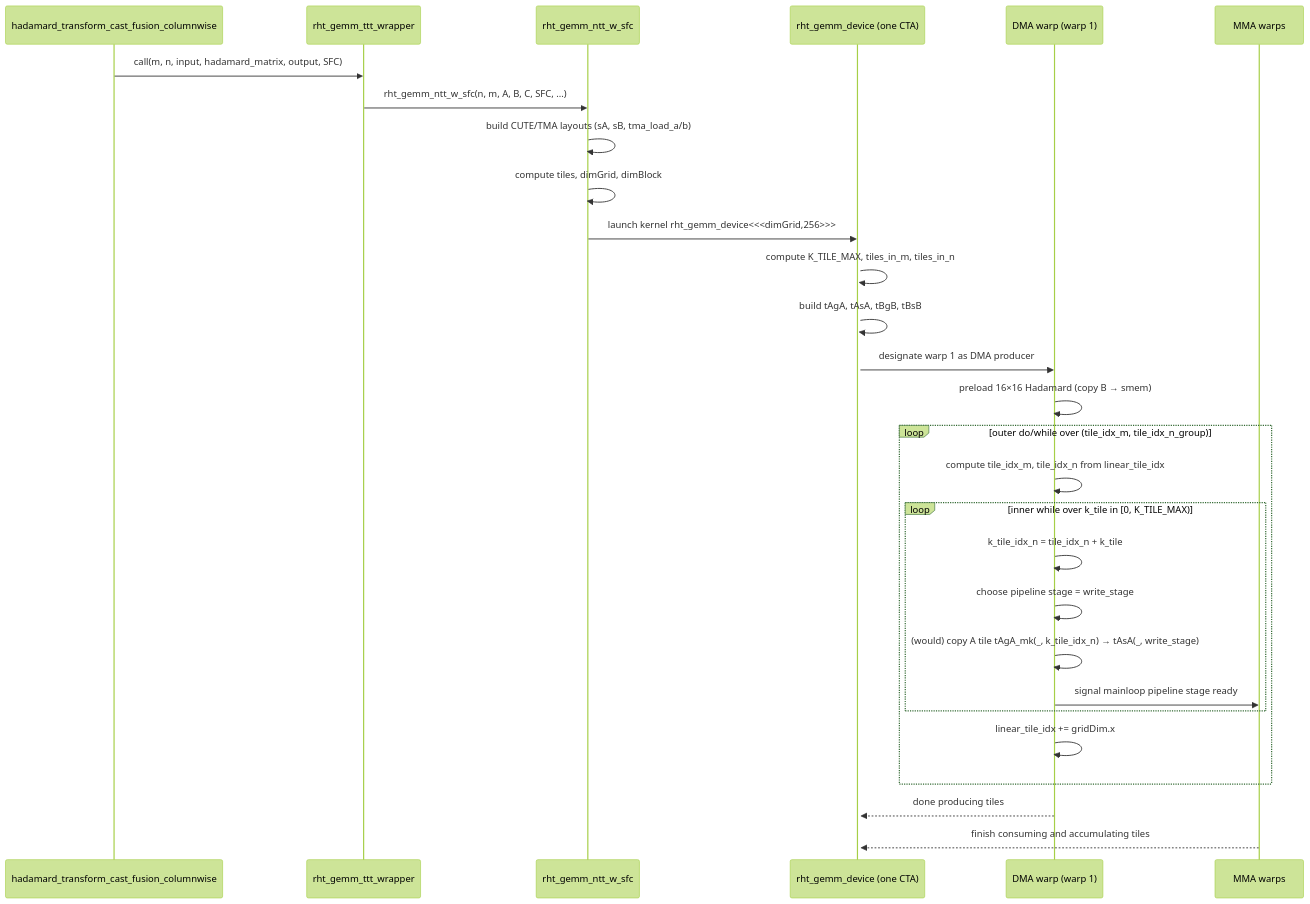
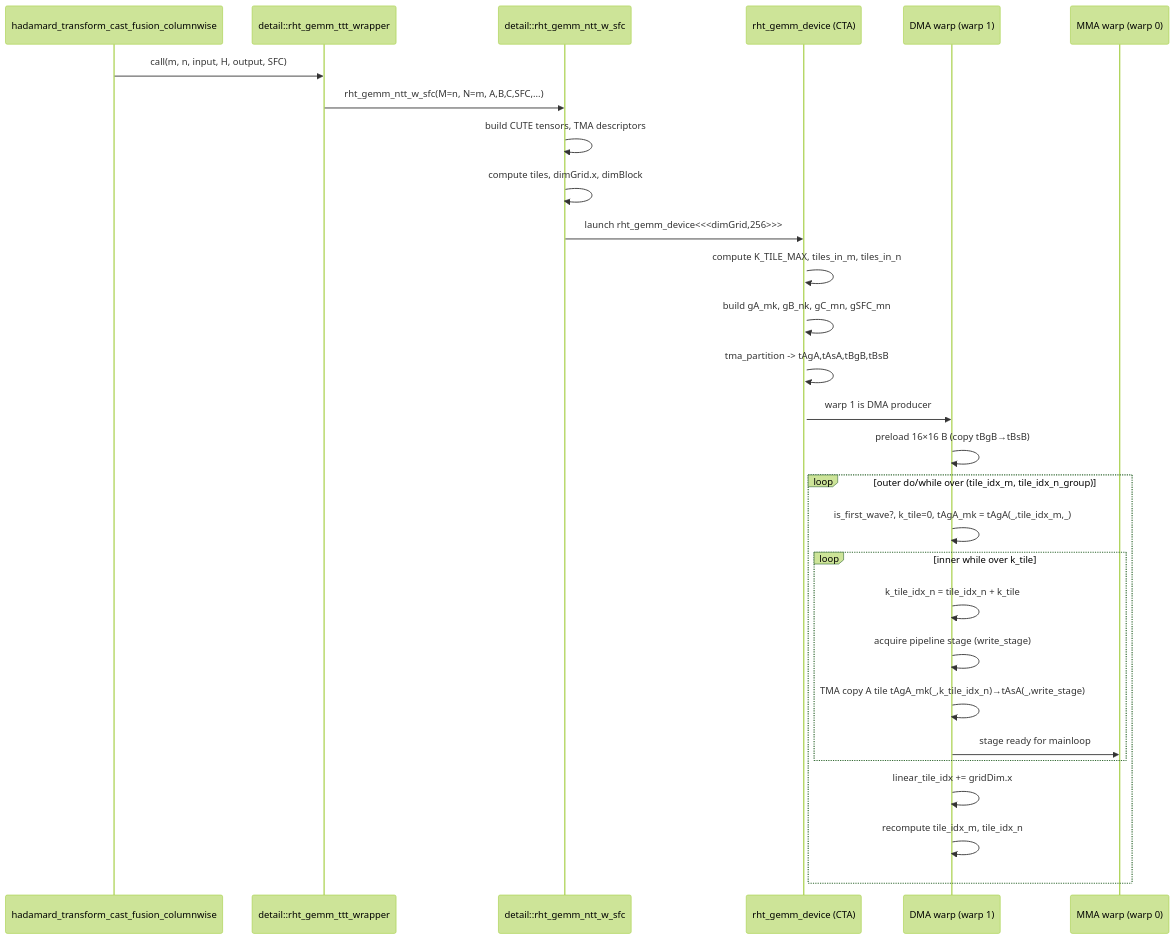
Before and after one commit to jeromeku/TransformerEngine: the first of 3 diagrams in codex/hadamard_indexing.md, drawn with Mermaid (forest theme). The commit also changed other lines of this file and 3 other files, not shown here.

````diff
--- a/codex/hadamard_indexing.md
+++ b/codex/hadamard_indexing.md
@@ -141,35 +675,35 @@
 ```mermaid
 sequenceDiagram
     participant Host as hadamard_transform_cast_fusion_columnwise
-    participant Wrap as rht_gemm_ttt_wrapper
-    participant RHT as rht_gemm_ntt_w_sfc
-    participant CTA as rht_gemm_device (one CTA)
+    participant Wrap as detail::rht_gemm_ttt_wrapper
+    participant RHT as detail::rht_gemm_ntt_w_sfc
+    participant CTA as rht_gemm_device (CTA)
     participant DMA as DMA warp (warp 1)
-    participant MMA as MMA warps
+    participant MMA as MMA warp (warp 0)
 
-    Host->>Wrap: call(m, n, input, hadamard_matrix, output, SFC)
-    Wrap->>RHT: rht_gemm_ntt_w_sfc(n, m, A, B, C, SFC, ...)
-    RHT->>RHT: build CUTE/TMA layouts (sA, sB, tma_load_a/b)
-    RHT->>RHT: compute tiles, dimGrid, dimBlock
-    RHT->>CTA: launch kernel rht_gemm_device<<<dimGrid,256>>>
+    Host->>Wrap: call(m, n, input, H, output, SFC)
+    Wrap->>RHT: rht_gemm_ntt_w_sfc(M=n, N=m, A,B,C,SFC,...)
+    RHT->>RHT: build CUTE tensors, TMA descriptors
+    RHT->>RHT: compute tiles, dimGrid.x, dimBlock
+    RHT->>CTA: launch rht_gemm_device<<<dimGrid,256>>>
 
     activate CTA
     CTA->>CTA: compute K_TILE_MAX, tiles_in_m, tiles_in_n
-    CTA->>CTA: build tAgA, tAsA, tBgB, tBsB
+    CTA->>CTA: build gA_mk, gB_nk, gC_mn, gSFC_mn
+    CTA->>CTA: tma_partition -> tAgA,tAsA,tBgB,tBsB
 
-    CTA->>DMA: designate warp 1 as DMA producer
-    DMA->>DMA: preload 16×16 Hadamard (copy B → smem)
+    CTA->>DMA: warp 1 is DMA producer
+    DMA->>DMA: preload 16×16 B (copy tBgB→tBsB)
+
     loop outer do/while over (tile_idx_m, tile_idx_n_group)
-        DMA->>DMA: compute tile_idx_m, tile_idx_n from linear_tile_idx
-        loop inner while over k_tile in [0, K_TILE_MAX)
+        DMA->>DMA: is_first_wave?, k_tile=0, tAgA_mk = tAgA(_,tile_idx_m,_)
+        loop inner while over k_tile
             DMA->>DMA: k_tile_idx_n = tile_idx_n + k_tile
-            DMA->>DMA: choose pipeline stage = write_stage
-            DMA->>DMA: (would) copy A tile tAgA_mk(_, k_tile_idx_n) → tAsA(_, write_stage)
-            DMA->>MMA: signal mainloop pipeline stage ready
+            DMA->>DMA: acquire pipeline stage (write_stage)
+            DMA->>DMA: TMA copy A tile tAgA_mk(_,k_tile_idx_n)→tAsA(_,write_stage)
+            DMA->>MMA: stage ready for mainloop
         end
         DMA->>DMA: linear_tile_idx += gridDim.x
+        DMA->>DMA: recompute tile_idx_m, tile_idx_n
     end
-
-    DMA-->>CTA: done producing tiles
-    MMA-->>CTA: finish consuming and accumulating tiles
 ```
````
